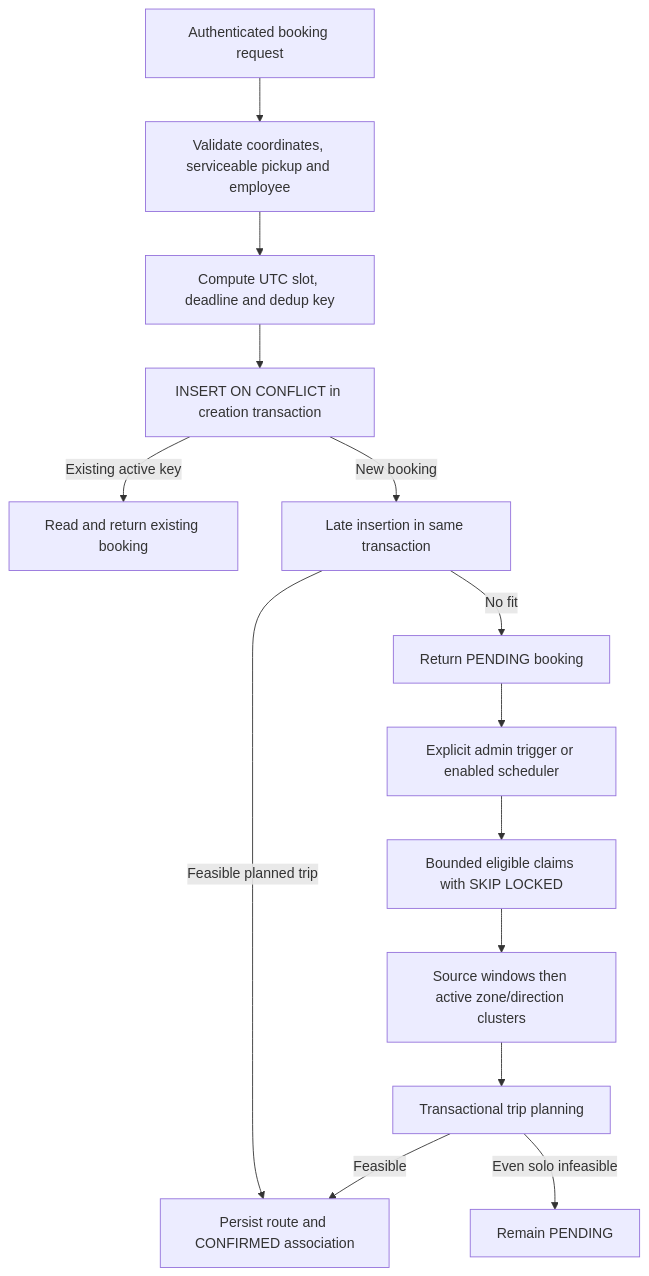
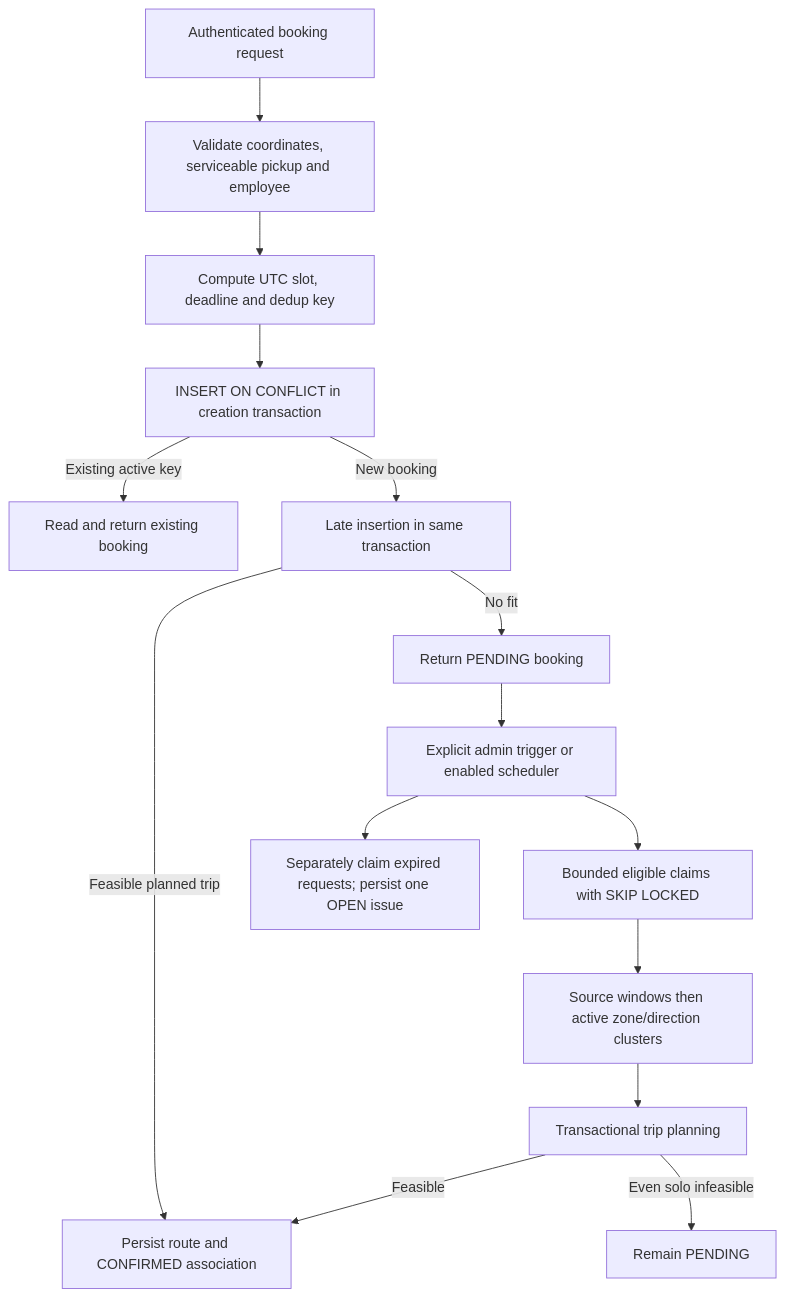
Before and after one commit to aakash-kr-7/sla-aware-ride-batching: the second of 3 diagrams in docs/architecture.md, drawn with Mermaid. The commit also changed other lines of this file and 14 other files, not shown here.

````diff
--- a/docs/architecture.md
+++ b/docs/architecture.md
@@ -45,16 +45,17 @@
 ```mermaid
 flowchart TD
     Request[Authenticated booking request] --> Validate[Validate coordinates, serviceable pickup and employee]
     Validate --> Key[Compute UTC slot, deadline and dedup key]
     Key --> Save[INSERT ON CONFLICT in creation transaction]
     Save -->|Existing active key| Existing[Read and return existing booking]
     Save -->|New booking| Late[Late insertion in same transaction]
     Late -->|Feasible planned trip| Confirm[Persist route and CONFIRMED association]
     Late -->|No fit| Pending[Return PENDING booking]
     Pending --> Trigger[Explicit admin trigger or enabled scheduler]
+    Trigger --> Expired[Separately claim expired requests; persist one OPEN issue]
     Trigger --> Claim[Bounded eligible claims with SKIP LOCKED]
     Claim --> Groups[Source windows then active zone/direction clusters]
     Groups --> Plan[Transactional trip planning]
     Plan -->|Feasible| Confirm
     Plan -->|Even solo infeasible| Remain[Remain PENDING]
 ```
````
